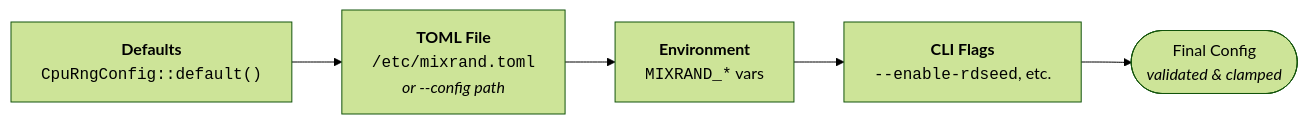
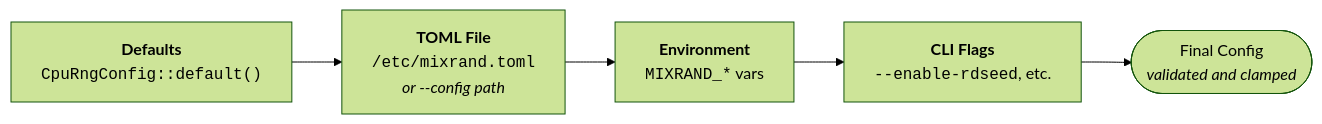
The seventh of 8 diagrams in README.md (sonoransun/entropy-svc), drawn with Mermaid (forest theme) before and after one commit. The commit also changed other lines of this file and 16 other files, not shown here.

````diff
--- a/README.md
+++ b/README.md
@@ -253,9 +300,9 @@
 ```mermaid
 flowchart LR
     D["<b>Defaults</b><br/><code>CpuRngConfig::default()</code>"]
     T["<b>TOML File</b><br/><code>/etc/mixrand.toml</code><br/><i>or --config path</i>"]
     E["<b>Environment</b><br/><code>MIXRAND_*</code> vars"]
     C["<b>CLI Flags</b><br/><code>--enable-rdseed</code>, etc."]
 
-    D --> T --> E --> C --> Final(["Final Config<br/><i>validated & clamped</i>"])
+    D --> T --> E --> C --> Final(["Final Config<br/><i>validated and clamped</i>"])
 ```
````
